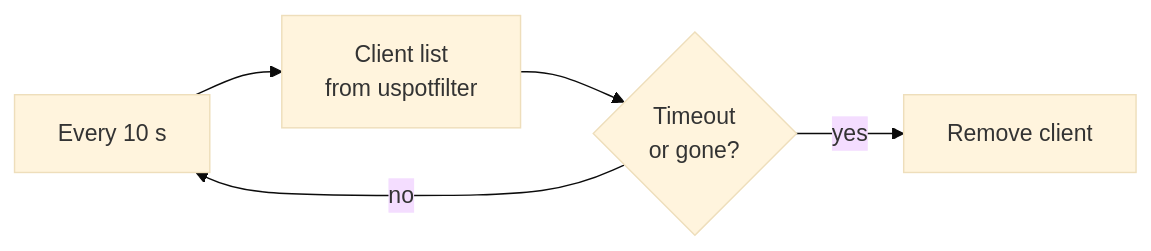
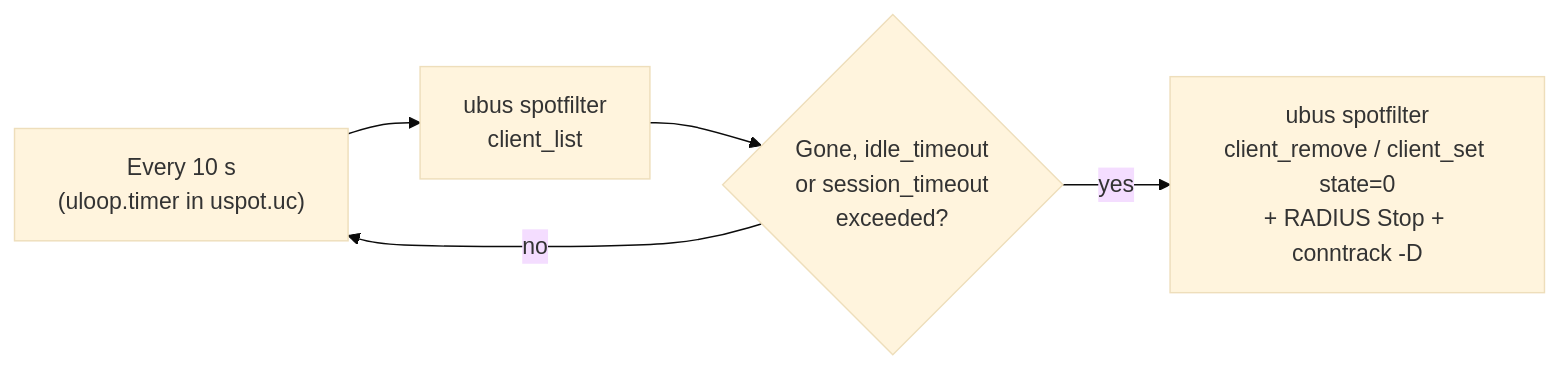
One commit to ducndc/ducndc.github.io changed diagram 11 of 13 in src/content/blog/captive-portal.md. Above: the diagram before and after it, drawn with Mermaid (base theme). The commit also changed other lines of this file, not shown here.

````diff
--- a/src/content/blog/captive-portal.md
+++ b/src/content/blog/captive-portal.md
@@ -464,7 +552,7 @@
 ```mermaid
 flowchart LR
-    T["Every 10 s"] --> L["Client list<br/>from uspotfilter"]
-    L --> X{"Timeout<br/>or gone?"}
-    X -- "yes" --> K["Remove client"]
+    T["Every 10 s<br/>(uloop.timer in uspot.uc)"] --> L["ubus spotfilter<br/>client_list"]
+    L --> X{"Gone, idle_timeout<br/>or session_timeout<br/>exceeded?"}
+    X -- "yes" --> K["ubus spotfilter<br/>client_remove / client_set state=0<br/>+ RADIUS Stop + conntrack -D"]
     X -- "no" --> T
 ```
````
